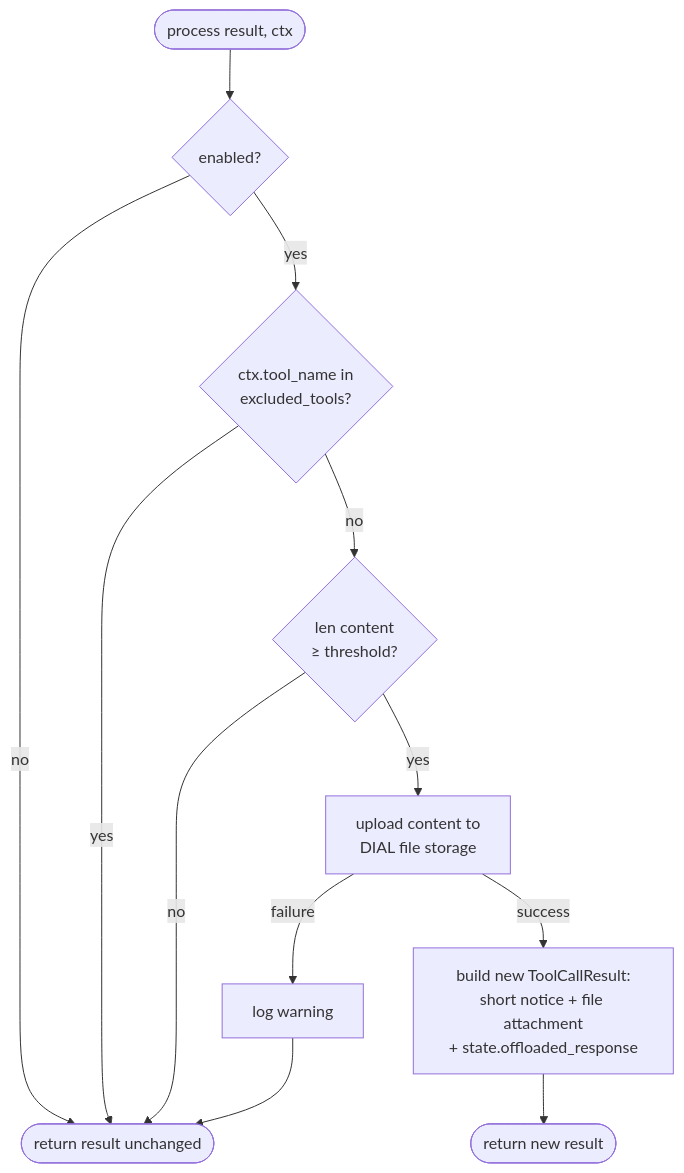
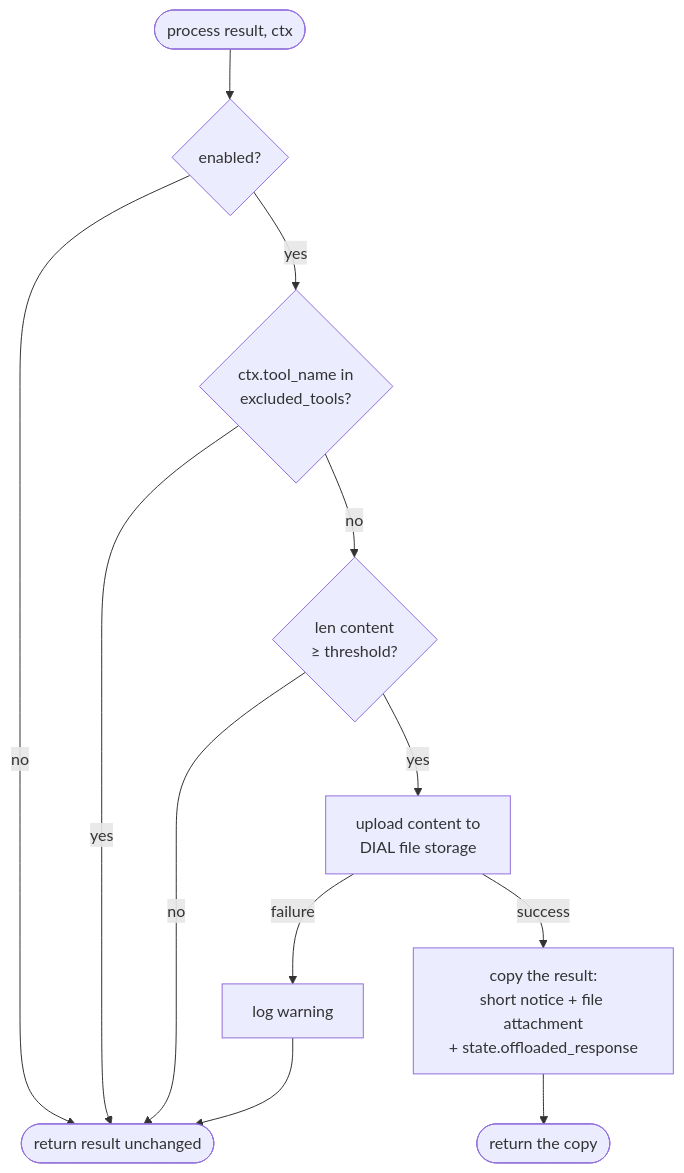
The first of 4 diagrams in docs/designs/large_tool_responses.md (epam/ai-dial-quickapps-backend), drawn with Mermaid before and after one commit. The commit also changed other lines of this file and 4 other files, not shown here.

Commit message:
fix: keep usage and annotations of offloaded tool results (#695)

````diff
--- a/docs/designs/large_tool_responses.md
+++ b/docs/designs/large_tool_responses.md
@@ -132,13 +132,13 @@
 ```mermaid
 flowchart TD
     Start([process result, ctx]) --> Enabled{enabled?}
     Enabled -- no --> ReturnAsIs([return result unchanged])
     Enabled -- yes --> Excluded{ctx.tool_name in<br/>excluded_tools?}
     Excluded -- yes --> ReturnAsIs
     Excluded -- no --> Size{len content<br/>≥ threshold?}
     Size -- no --> ReturnAsIs
     Size -- yes --> Upload[upload content to<br/>DIAL file storage]
     Upload -- failure --> Warn[log warning] --> ReturnAsIs
-    Upload -- success --> Build[build new ToolCallResult:<br/>short notice + file attachment<br/>+ state.offloaded_response]
-    Build --> ReturnNew([return new result])
+    Upload -- success --> Build[copy the result:<br/>short notice + file attachment<br/>+ state.offloaded_response]
+    Build --> ReturnNew([return the copy])
 ```
````
